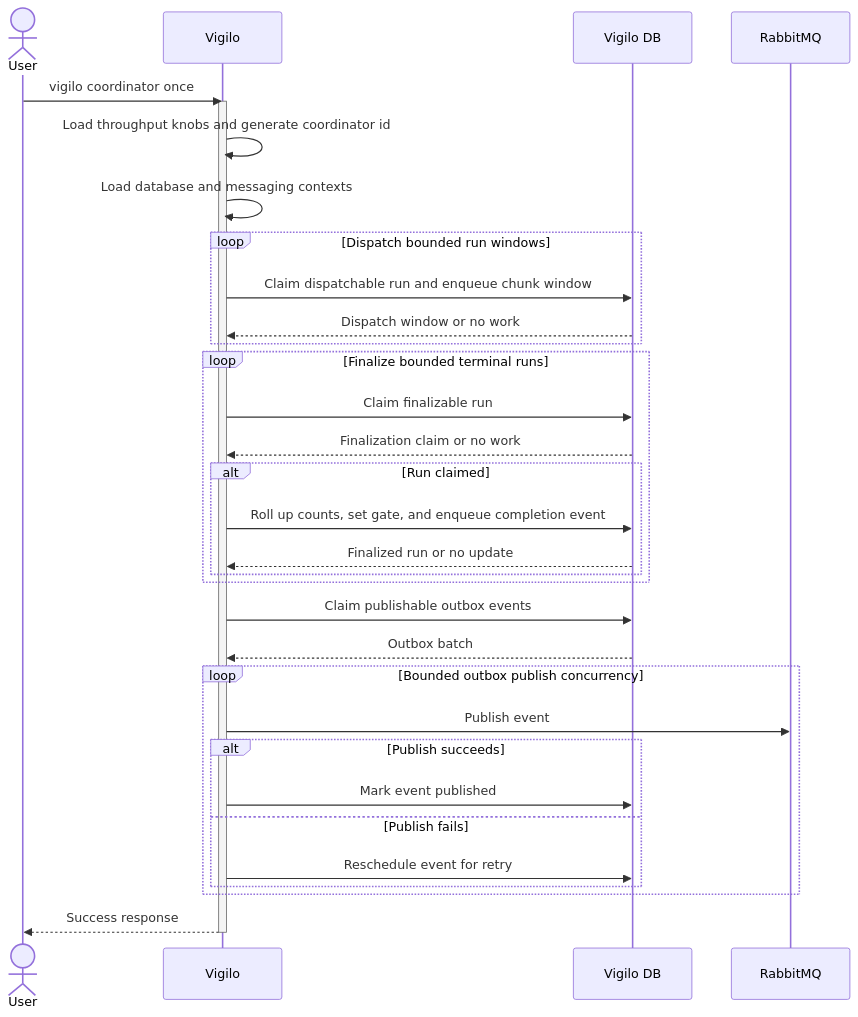
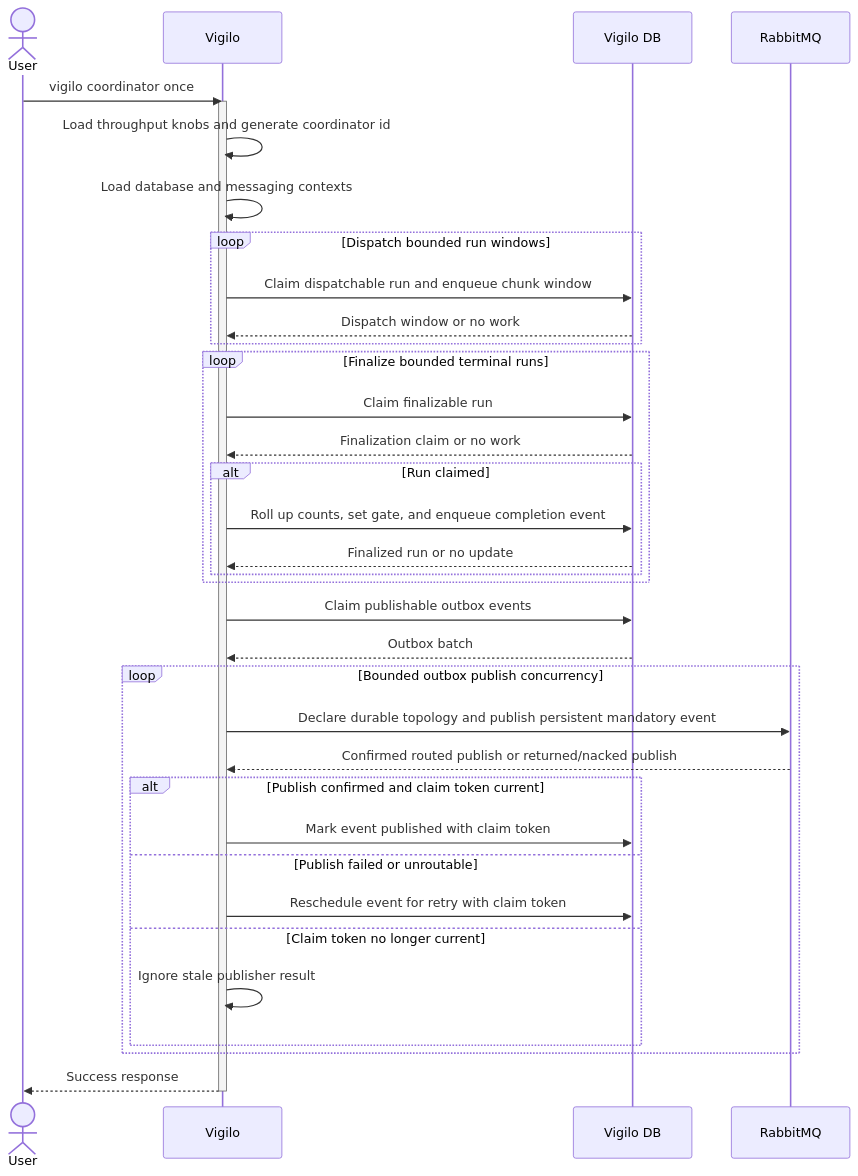
Before and after one commit to gregl83/agent-vigilo: the diagram in web/docs/architecture/flows/coordinator/once/execution-flow.mmd, drawn with Mermaid. The commit also changed 17 other files, not shown here.

```diff
--- a/web/docs/architecture/flows/coordinator/once/execution-flow.mmd
+++ b/web/docs/architecture/flows/coordinator/once/execution-flow.mmd
@@ -1,47 +1,50 @@
 ---
 config:
   flowchart:
     nodeSpacing: 150
     rankSpacing: 80
   themeVariables:
     edgeLabelBackground: 'transparent'
 ---
 sequenceDiagram
     actor User
     participant Vigilo
     participant DB as Vigilo DB
     participant Queue as RabbitMQ
 
     User->>Vigilo: vigilo coordinator once
     activate Vigilo
     Vigilo->>Vigilo: Load throughput knobs and generate coordinator id
     Vigilo->>Vigilo: Load database and messaging contexts
 
     loop Dispatch bounded run windows
         Vigilo->>DB: Claim dispatchable run and enqueue chunk window
         DB-->>Vigilo: Dispatch window or no work
     end
 
     loop Finalize bounded terminal runs
         Vigilo->>DB: Claim finalizable run
         DB-->>Vigilo: Finalization claim or no work
         alt Run claimed
             Vigilo->>DB: Roll up counts, set gate, and enqueue completion event
             DB-->>Vigilo: Finalized run or no update
         end
     end
 
     Vigilo->>DB: Claim publishable outbox events
     DB-->>Vigilo: Outbox batch
 
     loop Bounded outbox publish concurrency
-        Vigilo->>Queue: Publish event
-        alt Publish succeeds
-            Vigilo->>DB: Mark event published
-        else Publish fails
-            Vigilo->>DB: Reschedule event for retry
+        Vigilo->>Queue: Declare durable topology and publish persistent mandatory event
+        Queue-->>Vigilo: Confirmed routed publish or returned/nacked publish
+        alt Publish confirmed and claim token current
+            Vigilo->>DB: Mark event published with claim token
+        else Publish failed or unroutable
+            Vigilo->>DB: Reschedule event for retry with claim token
+        else Claim token no longer current
+            Vigilo->>Vigilo: Ignore stale publisher result
         end
     end
 
     Vigilo-->>User: Success response
     deactivate Vigilo
```
